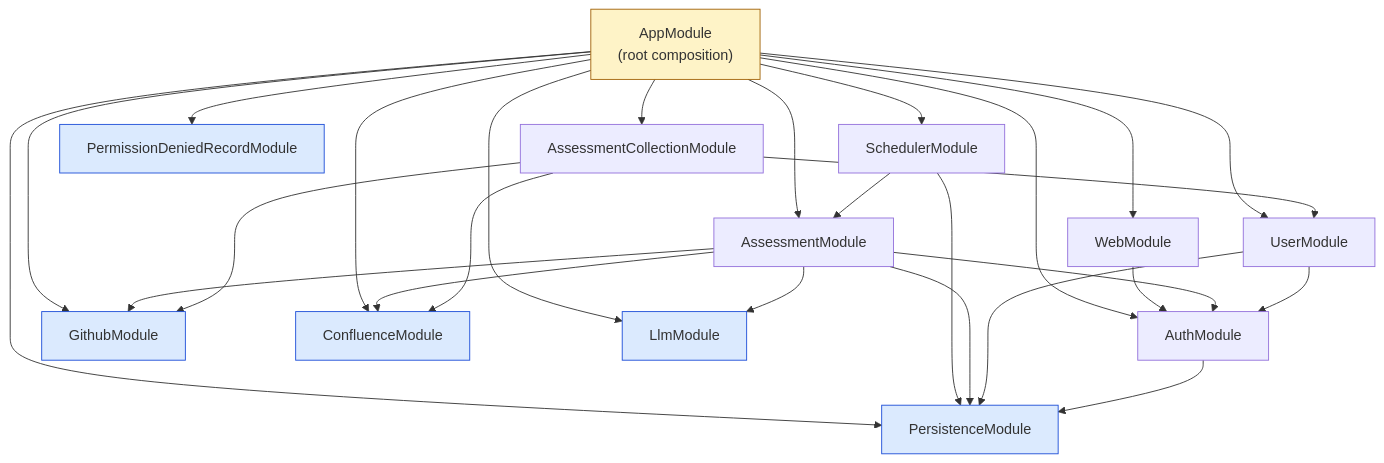
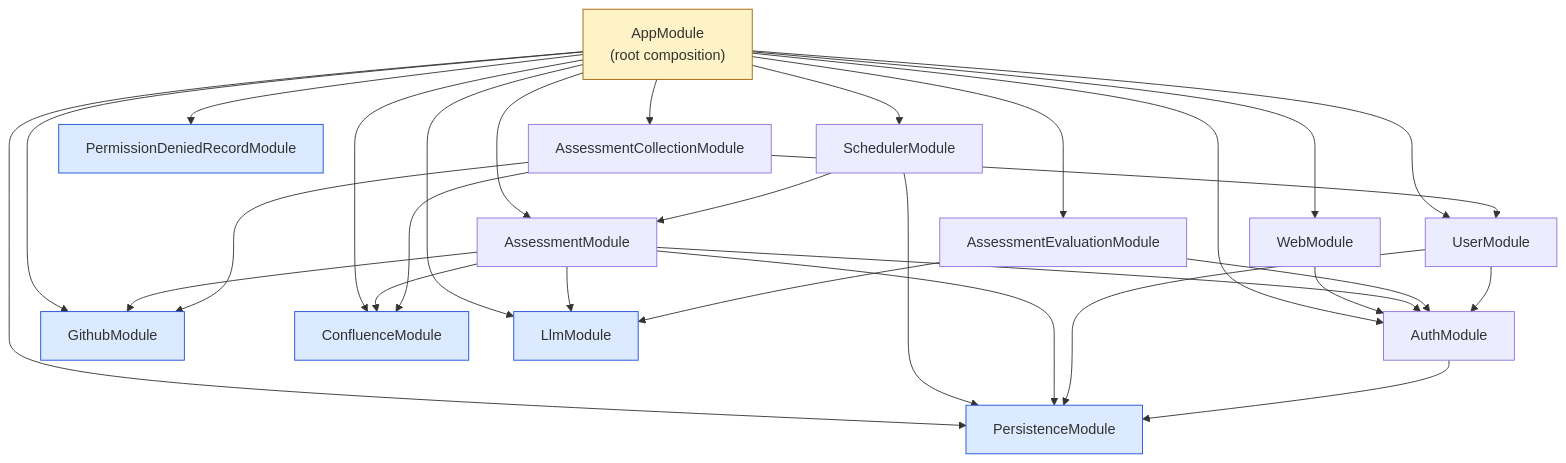
Before and after one commit to myungjoo/Assessment-Agent: the diagram in docs/architecture/modules.md, drawn with Mermaid. The commit also changed other lines of this file and 3 other files, not shown here.

````diff
--- a/docs/architecture/modules.md
+++ b/docs/architecture/modules.md
@@ -50,73 +51,79 @@
 ```mermaid
 graph TB
     %% Root composition
     app["AppModule<br/>(root composition)"]
 
     %% Web layer
     web["WebModule"]
 
     %% Domain modules
     assessment["AssessmentModule"]
     assessmentCollection["AssessmentCollectionModule"]
+    assessmentEvaluation["AssessmentEvaluationModule"]
     user["UserModule"]
     scheduler["SchedulerModule"]
 
     %% Auth (used by controllers/guards across domain modules)
     auth["AuthModule"]
 
     %% External adapters (leaves, no internal imports)
     github["GithubModule"]
     confluence["ConfluenceModule"]
     llm["LlmModule"]
 
     %% Permission-denied audit persistence (leaf, @Global PrismaService only)
     permissionDenied["PermissionDeniedRecordModule"]
 
     %% Persistence (leaf, only external PostgreSQL TCP)
     persistence["PersistenceModule"]
 
     %% Root composition — AppModule imports every top-level module
     app --> web
     app --> assessment
     app --> assessmentCollection
+    app --> assessmentEvaluation
     app --> user
     app --> scheduler
     app --> auth
     app --> github
     app --> confluence
     app --> llm
     app --> permissionDenied
     app --> persistence
 
     %% Web → Auth (정적 자산 접근 권한)
     web --> auth
 
     %% Scheduler → Assessment (cron 시각 도달 시 평가 trigger)
     scheduler --> assessment
     scheduler --> persistence
 
     %% Assessment 는 평가 파이프라인 — 모든 adapter + persistence + auth 사용
     assessment --> persistence
     assessment --> auth
     assessment --> github
     assessment --> confluence
     assessment --> llm
 
     %% AssessmentCollection (P4 수집) → adapter + user(영속화 ContributionService 경유, ADR-0029)
     assessmentCollection --> github
     assessmentCollection --> confluence
     assessmentCollection --> user
 
+    %% AssessmentEvaluation (P5 평가) → llm(LLM_GATEWAY useExisting 바인딩, 단방향) + auth(controller guard, ADR-0032)
+    assessmentEvaluation --> llm
+    assessmentEvaluation --> auth
+
     %% User → Persistence + Auth
     user --> persistence
     user --> auth
 
     %% Auth → Persistence (사용자·역할 read)
     auth --> persistence
 
     %% Styling — leaf 외부 adapter / persistence 강조
     classDef leaf fill:#dbeafe,stroke:#1d4ed8
     classDef root fill:#fef3c7,stroke:#a16207
     class github,confluence,llm,permissionDenied,persistence leaf
     class app root
 ```
````
